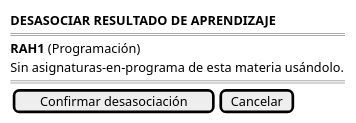
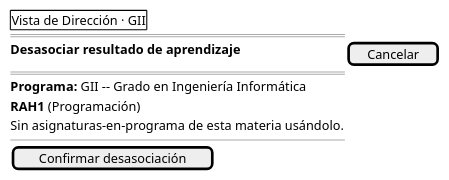
One commit to mmasias/pyCeldaPublico changed the second of 2 diagrams in RUP/01-requisitos/03-detalle-casos-uso/desasociarResultadoAprendizajeAMateria/wireframes.puml. Above: the diagram before and after it, drawn with PlantUML. The commit also changed other lines of this file and 353 other files, not shown here.

```diff
--- a/RUP/01-requisitos/03-detalle-casos-uso/desasociarResultadoAprendizajeAMateria/wireframes.puml
+++ b/RUP/01-requisitos/03-detalle-casos-uso/desasociarResultadoAprendizajeAMateria/wireframes.puml
@@ -17,11 +15,13 @@
 @startsalt desasociarResultadoAprendizajeAMateria-wireframe-confirmacion
 {
-    <b>DESASOCIAR RESULTADO DE APRENDIZAJE</b>
+    {+ Vista de Dirección · GII }
     ====
+    <b>Desasociar resultado de aprendizaje</b> | [ Cancelar ]
+    ====
+    <b>Programa:</b> GII -- Grado en Ingeniería Informática
     <b>RAH1</b> (Programación)
-
     Sin asignaturas-en-programa de esta materia usándolo.
-    ====
-    {[Confirmar desasociación] | [Cancelar]}
+    --
+    [Confirmar desasociación]
 }
 @endsalt
```
